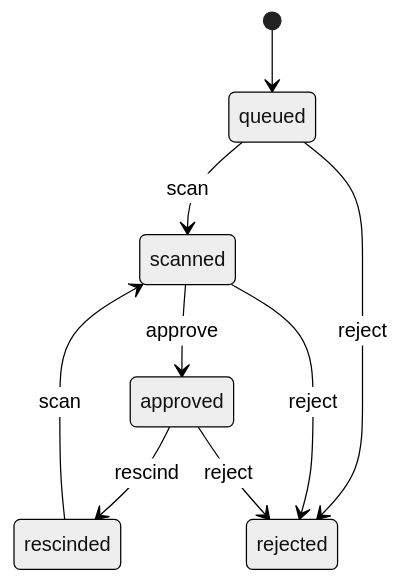
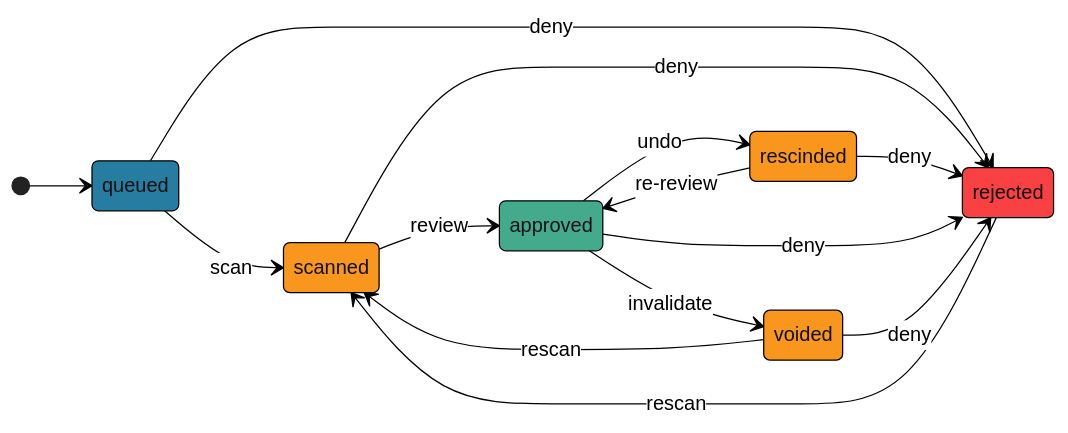
One commit to LeShaunJ/hermes changed the second of 2 diagrams in README.md. Above: the diagram before and after it, drawn with Mermaid (neutral theme). The commit also changed other lines of this file and 2 other files, not shown here.

````diff
--- a/README.md
+++ b/README.md
@@ -77,11 +118,30 @@
 ```mermaid
 stateDiagram-v2
-    [*] --> queued
-    queued --> scanned : scan
-    scanned --> approved : approve
-    approved --> rescinded : rescind
-    rescinded --> scanned : scan
-    queued --> rejected : reject
-    scanned --> rejected : reject
-    approved --> rejected : reject
+  direction LR;
+
+  [*] --> queued
+     queued --> scanned : scan
+     queued --> rejected : deny
+     scanned --> approved : review
+     scanned --> rejected : deny
+     rescinded --> approved : re-review
+     rescinded --> rejected : deny
+     approved --> rescinded : undo
+     approved --> voided: invalidate
+     approved --> rejected: deny
+     voided --> rejected : deny
+     voided --> scanned : rescan
+     rejected --> scanned : rescan
+
+  classDef queued fill:#277da1
+  classDef unverified fill:#f8961e
+  classDef rejected fill:#f94144
+  classDef approved fill:#43aa8b
+
+  class queued queued
+  class scanned unverified
+  class rejected rejected
+  class approved approved
+  class rescinded unverified
+  class voided unverified
 ```
````
